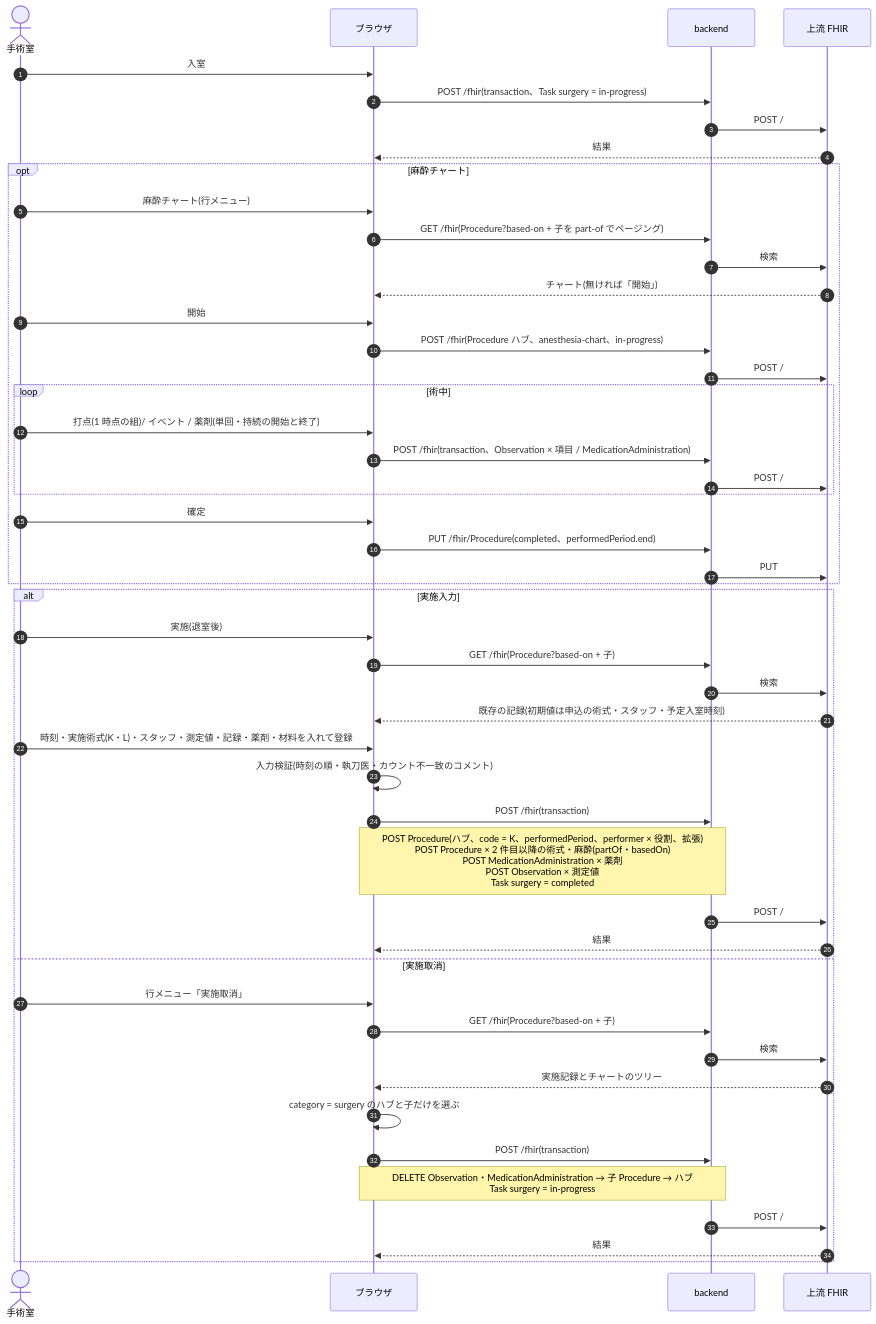
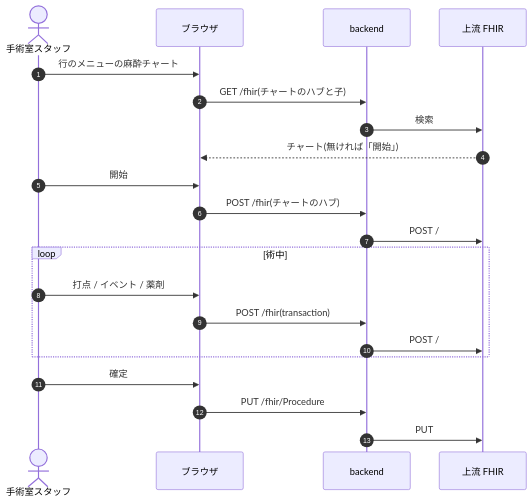
Diagram 11 of 13 in docs/dev/surgery.md (ysnr-dev/fhir-client-docs), drawn with Mermaid before and after one commit. The commit also changed other lines of this file and 43 other files, not shown here.

Commit message:
docs: 業務フローとシーケンス図を写し直し

````diff
--- a/docs/dev/surgery.md
+++ b/docs/dev/surgery.md
@@ -200,52 +390,24 @@
 ```mermaid
 sequenceDiagram
   autonumber
-  actor OR as 手術室
+  actor OR as 手術室スタッフ
   participant UI as ブラウザ
   participant BE as backend
   participant FHIR as 上流 FHIR
 
-  OR->>UI: 入室
-  UI->>BE: POST /fhir(transaction、Task surgery = in-progress)
+  OR->>UI: 行のメニューの麻酔チャート
+  UI->>BE: GET /fhir(チャートのハブと子)
+  BE->>FHIR: 検索
+  FHIR-->>UI: チャート(無ければ「開始」)
+  OR->>UI: 開始
+  UI->>BE: POST /fhir(チャートのハブ)
   BE->>FHIR: POST /
-  FHIR-->>UI: 結果
-  opt 麻酔チャート
-    OR->>UI: 麻酔チャート(行メニュー)
-    UI->>BE: GET /fhir(Procedure?based-on + 子を part-of でページング)
-    BE->>FHIR: 検索
-    FHIR-->>UI: チャート(無ければ「開始」)
-    OR->>UI: 開始
-    UI->>BE: POST /fhir(Procedure ハブ、anesthesia-chart、in-progress)
+  loop 術中
+    OR->>UI: 打点 / イベント / 薬剤
+    UI->>BE: POST /fhir(transaction)
     BE->>FHIR: POST /
-    loop 術中
-      OR->>UI: 打点(1 時点の組)/ イベント / 薬剤(単回・持続の開始と終了)
-      UI->>BE: POST /fhir(transaction、Observation × 項目 / MedicationAdministration)
-      BE->>FHIR: POST /
-    end
-    OR->>UI: 確定
-    UI->>BE: PUT /fhir/Procedure(completed、performedPeriod.end)
-    BE->>FHIR: PUT
   end
-  alt 実施入力
-    OR->>UI: 実施(退室後)
-    UI->>BE: GET /fhir(Procedure?based-on + 子)
-    BE->>FHIR: 検索
-    FHIR-->>UI: 既存の記録(初期値は申込の術式・スタッフ・予定入室時刻)
-    OR->>UI: 時刻・実施術式(K・L)・スタッフ・測定値・記録・薬剤・材料を入れて登録
-    UI->>UI: 入力検証(時刻の順・執刀医・カウント不一致のコメント)
-    UI->>BE: POST /fhir(transaction)
-    Note over UI,BE: POST Procedure(ハブ、code = K、performedPeriod、performer × 役割、拡張)<br/>POST Procedure × 2 件目以降の術式・麻酔(partOf・basedOn)<br/>POST MedicationAdministration × 薬剤<br/>POST Observation × 測定値<br/>Task surgery = completed
-    BE->>FHIR: POST /
-    FHIR-->>UI: 結果
-  else 実施取消
-    OR->>UI: 行メニュー「実施取消」
-    UI->>BE: GET /fhir(Procedure?based-on + 子)
-    BE->>FHIR: 検索
-    FHIR-->>UI: 実施記録とチャートのツリー
-    UI->>UI: category = surgery のハブと子だけを選ぶ
-    UI->>BE: POST /fhir(transaction)
-    Note over UI,BE: DELETE Observation・MedicationAdministration → 子 Procedure → ハブ<br/>Task surgery = in-progress
-    BE->>FHIR: POST /
-    FHIR-->>UI: 結果
-  end
+  OR->>UI: 確定
+  UI->>BE: PUT /fhir/Procedure
+  BE->>FHIR: PUT
 ```
````
